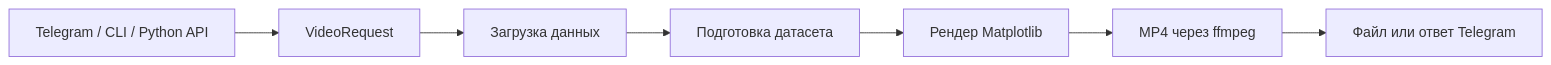
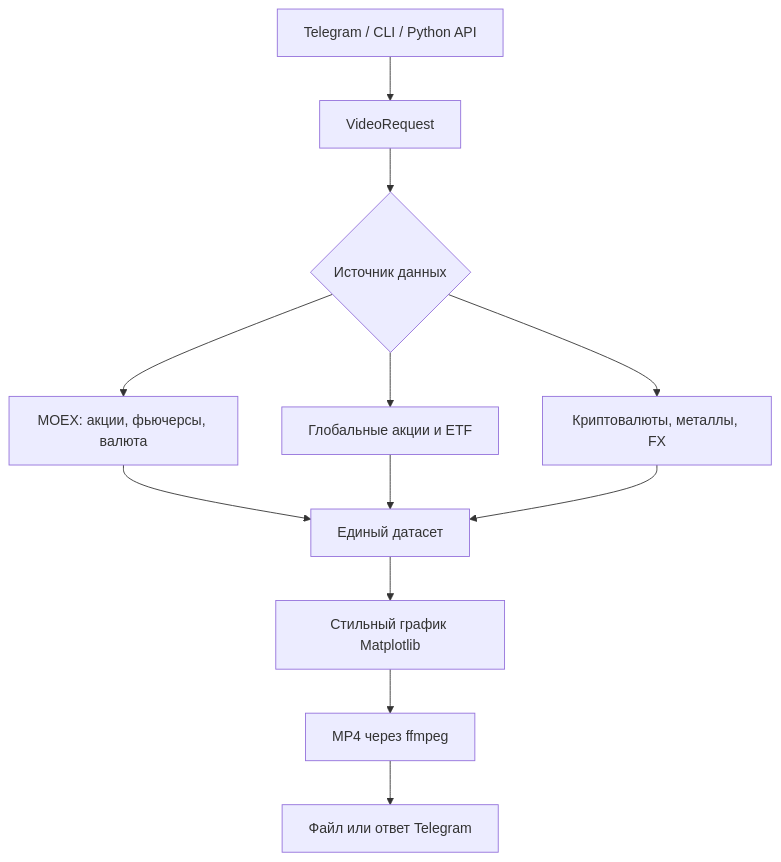
The diagram in docs/index.md (karnaksp/stock-prices), drawn with Mermaid before and after one commit. The commit also changed 4 other files, not shown here.

Commit message:
Fix Mermaid rendering in docs

````diff
--- a/docs/index.md
+++ b/docs/index.md
@@ -120,9 +120,14 @@
 ```mermaid
-flowchart LR
-  Telegram["Telegram / CLI / Python API"] --> Request["VideoRequest"]
-  Request --> Data["Загрузка данных"]
-  Data --> Dataset["Подготовка датасета"]
-  Dataset --> Render["Рендер Matplotlib"]
+flowchart TD
+  User["Telegram / CLI / Python API"] --> Request["VideoRequest"]
+  Request --> Sources{"Источник данных"}
+  Sources --> Moex["MOEX: акции, фьючерсы, валюта"]
+  Sources --> Global["Глобальные акции и ETF"]
+  Sources --> Crypto["Криптовалюты, металлы, FX"]
+  Moex --> Dataset["Единый датасет"]
+  Global --> Dataset
+  Crypto --> Dataset
+  Dataset --> Render["Стильный график Matplotlib"]
   Render --> Video["MP4 через ffmpeg"]
   Video --> Output["Файл или ответ Telegram"]
 ```
````
